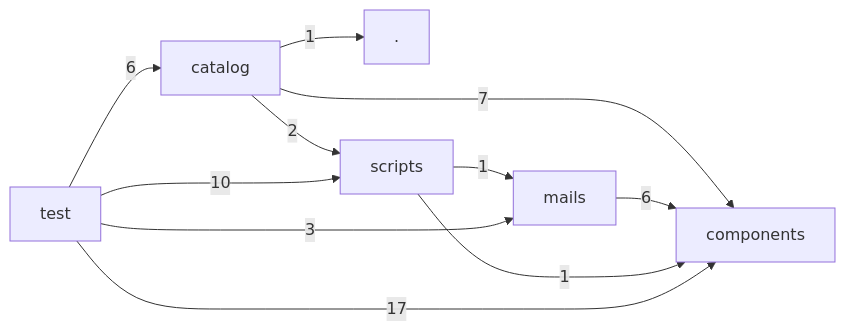
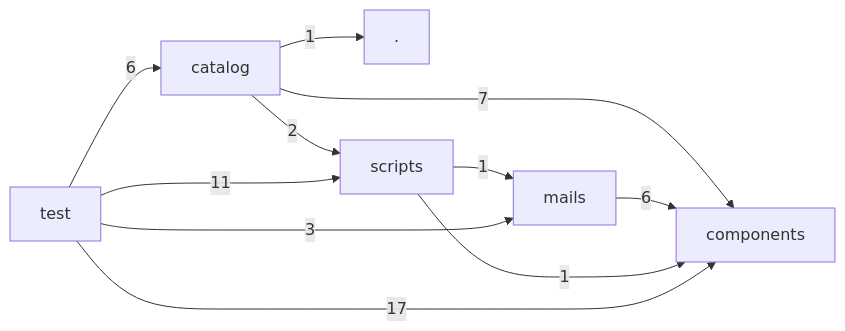
One commit to hackersandwizards/mail changed the diagram in docs/architecture/layers.md. Above: the diagram before and after it, drawn with Mermaid. The commit also changed 10 other files, not shown here.

````diff
--- a/docs/architecture/layers.md
+++ b/docs/architecture/layers.md
@@ -3,19 +3,19 @@
 ```mermaid
 graph LR
   L0["."]
   L1["catalog"]
   L2["components"]
   L3["mails"]
   L4["scripts"]
   L5["test"]
   L1 -->|1| L0
   L1 -->|7| L2
   L1 -->|2| L4
   L3 -->|6| L2
   L4 -->|1| L2
   L4 -->|1| L3
   L5 -->|6| L1
   L5 -->|17| L2
   L5 -->|3| L3
-  L5 -->|10| L4
+  L5 -->|11| L4
 ```
````
